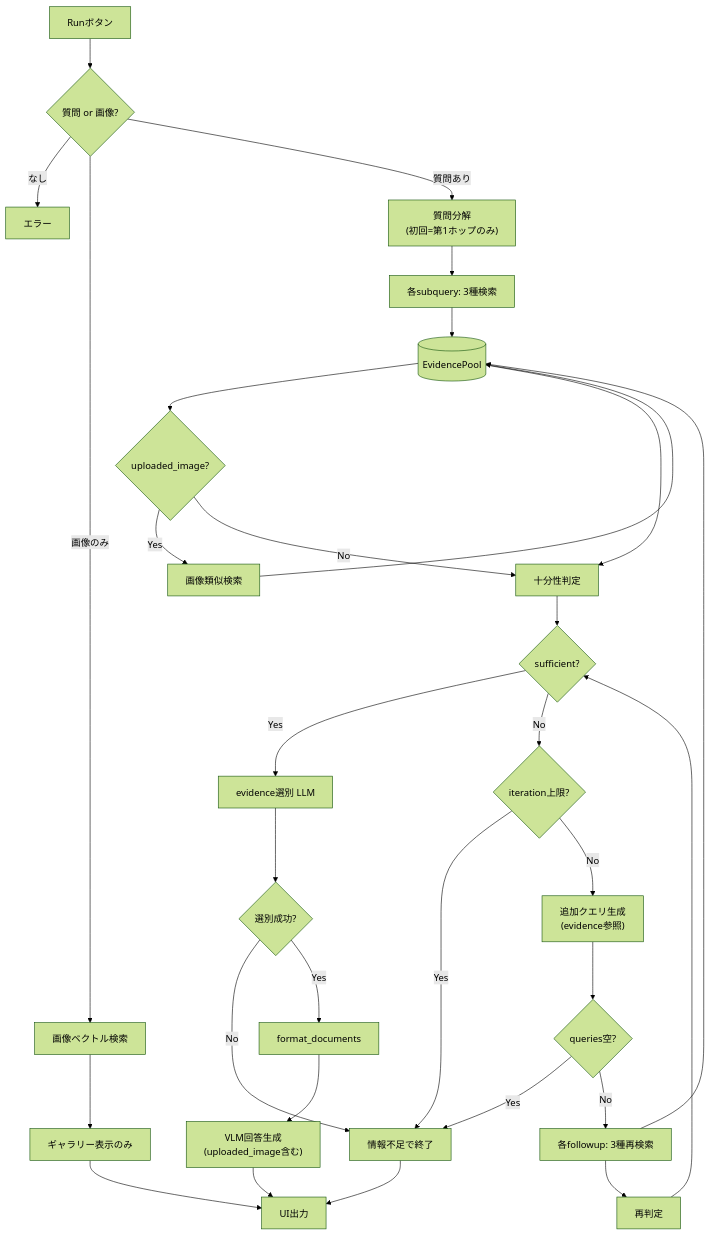
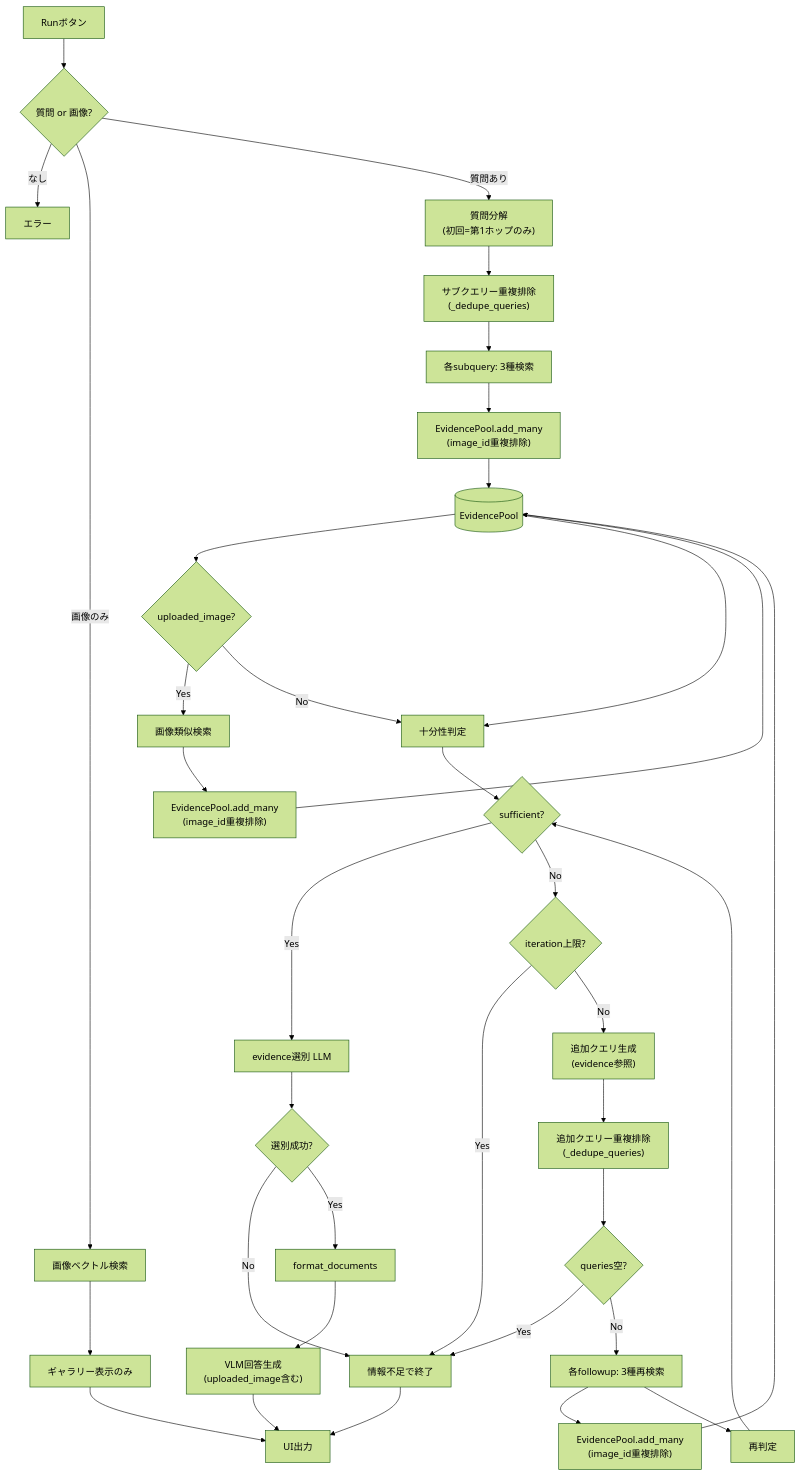
The first of 4 diagrams in README.md (kutsushitaneko/multimodal_retrieval), drawn with Mermaid (forest theme) before and after one commit. The commit also changed other lines of this file and 2 other files, not shown here.

````diff
--- a/README.md
+++ b/README.md
@@ -309,33 +309,38 @@
 ```mermaid
 flowchart TD
     Start[Runボタン] --> Gate{質問 or 画像?}
     Gate -->|なし| Err[エラー]
     Gate -->|画像のみ| ImgSearch[画像ベクトル検索]
     ImgSearch --> Gallery[ギャラリー表示のみ]
     Gallery --> End[UI出力]
     Gate -->|質問あり| Decompose["質問分解\n(初回=第1ホップのみ)"]
-    Decompose --> InitSearch["各subquery: 3種検索"]
-    InitSearch --> Pool[(EvidencePool)]
+    Decompose --> QueryDedup["サブクエリー重複排除\n(_dedupe_queries)"]
+    QueryDedup --> InitSearch["各subquery: 3種検索"]
+    InitSearch --> EvMerge["EvidencePool.add_many\n(image_id重複排除)"]
+    EvMerge --> Pool[(EvidencePool)]
     Pool --> HasImg{uploaded_image?}
     HasImg -->|Yes| ImgVec[画像類似検索]
-    ImgVec --> Pool
+    ImgVec --> EvMergeImg["EvidencePool.add_many\n(image_id重複排除)"]
+    EvMergeImg --> Pool
     HasImg -->|No| Suff
     Pool --> Suff[十分性判定]
     Suff --> Loop{sufficient?}
     Loop -->|Yes| Select[evidence選別 LLM]
     Loop -->|No| IterCheck{iteration上限?}
     IterCheck -->|Yes| Stop[情報不足で終了]
     IterCheck -->|No| Followup["追加クエリ生成\n(evidence参照)"]
-    Followup --> FollowupEmpty{queries空?}
+    Followup --> FollowupDedup["追加クエリー重複排除\n(_dedupe_queries)"]
+    FollowupDedup --> FollowupEmpty{queries空?}
     FollowupEmpty -->|Yes| Stop
     FollowupEmpty -->|No| ReSearch["各followup: 3種再検索"]
-    ReSearch --> Pool
+    ReSearch --> EvMergeRe["EvidencePool.add_many\n(image_id重複排除)"]
+    EvMergeRe --> Pool
     ReSearch --> ReSuff[再判定]
     ReSuff --> Loop
     Select --> SelectOK{選別成功?}
     SelectOK -->|No| Stop
     SelectOK -->|Yes| Format[format_documents]
     Format --> VLM["VLM回答生成\n(uploaded_image含む)"]
     VLM --> End
     Stop --> End
 ```
````
